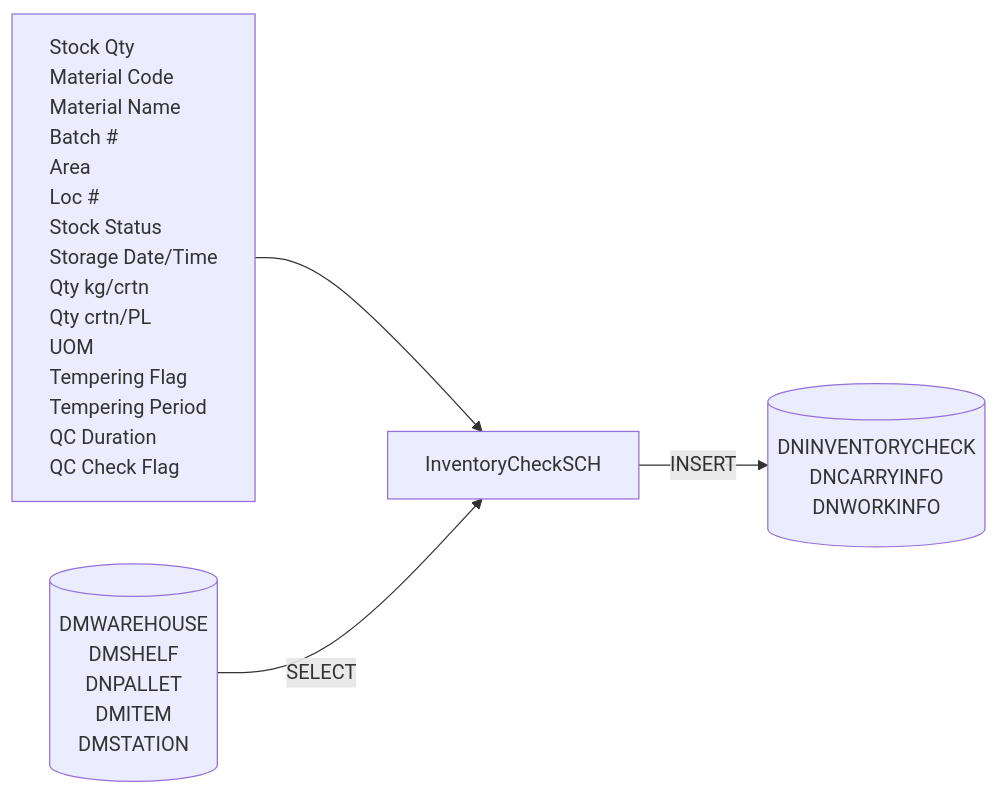
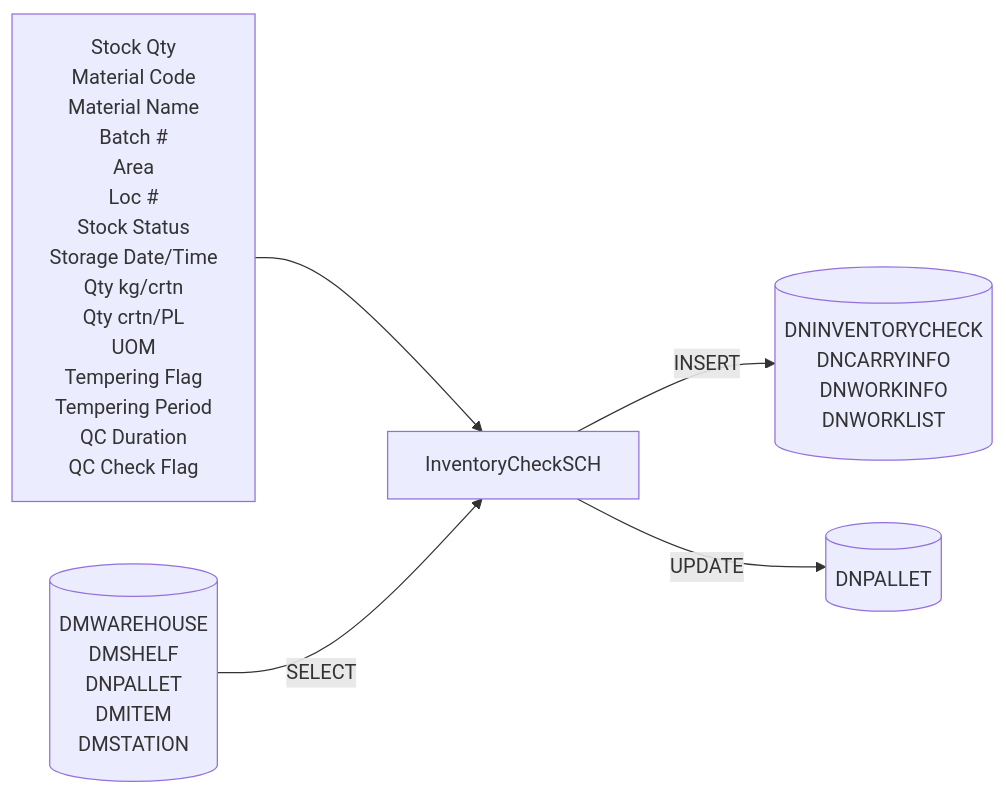
Before and after one commit to luthfiadityaa/SimeDarby-Wiki: the second of 2 diagrams in Basic-Design/DFD-WMS/Inventory-Check/Inventory-Check-from-Ambient-Area.md, drawn with Mermaid. The commit also changed other lines of this file, not shown here.

```diff
--- a/Basic-Design/DFD-WMS/Inventory-Check/Inventory-Check-from-Ambient-Area.md
+++ b/Basic-Design/DFD-WMS/Inventory-Check/Inventory-Check-from-Ambient-Area.md
@@ -28,49 +51,44 @@
 ::: mermaid
 flowchart LR
     input[
         Stock Qty
         Material Code
         Material Name
         Batch #
         Area
         Loc #
         Stock Status
         Storage Date/Time
         Qty kg/crtn
         Qty crtn/PL
         UOM
         Tempering Flag
         Tempering Period
         QC Duration
         QC Check Flag
     ]
 
     tableList-insert[("
         DNINVENTORYCHECK
         DNCARRYINFO
         DNWORKINFO
+        DNWORKLIST
     ")]
 
      tableList-select[("
         DMWAREHOUSE
         DMSHELF
         DNPALLET
         DMITEM
         DMSTATION
     ")]
-tableList-select[("
-        DMWAREHOUSE
-        DMSHELF
+    tableList-update[("
         DNPALLET
-        DMITEM
-        DMSTATION
     ")]
 
     className[InventoryCheckSCH]
 
     input --> className --> |INSERT| tableList-insert
+    className --> |UPDATE| tableList-update
     tableList-select --> |SELECT| className
-
-    classDef leftAlign text-align:left;
-    class input leftAlign;
 :::
```
